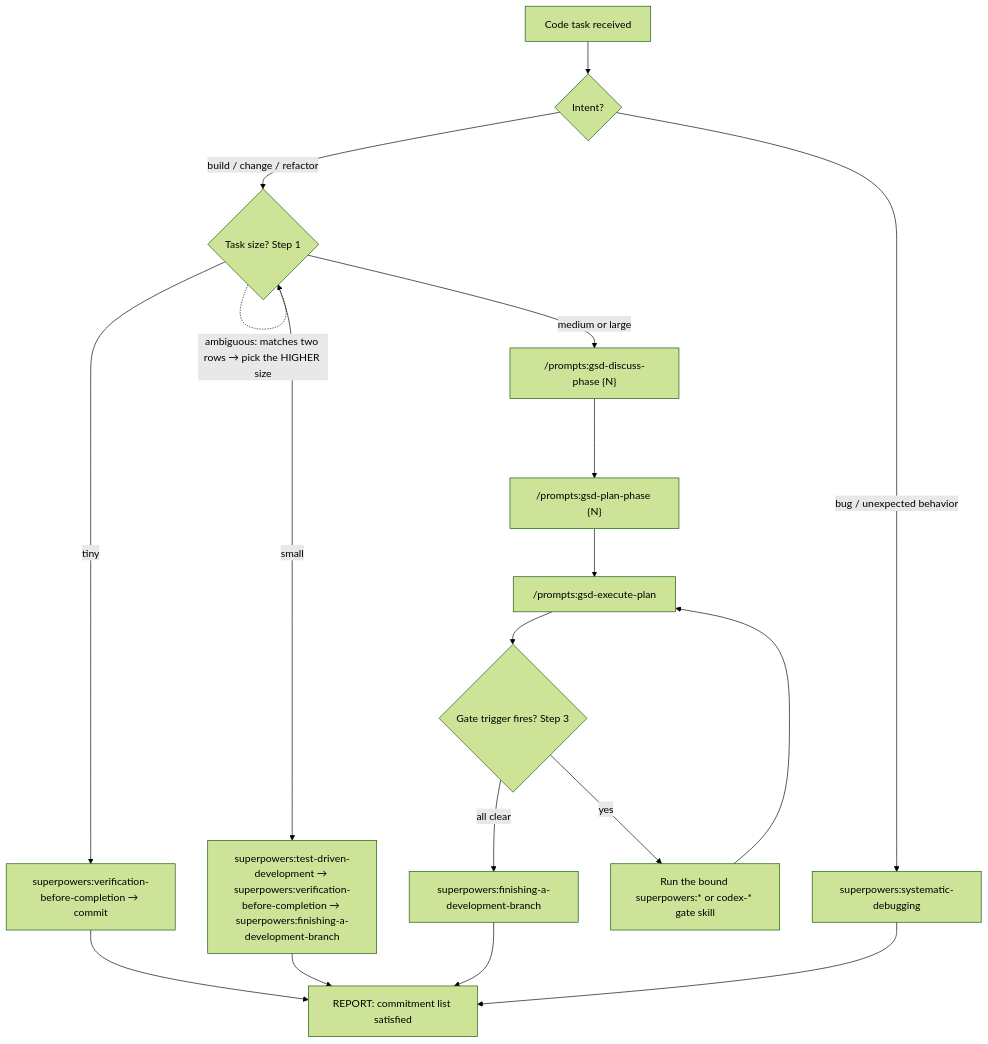
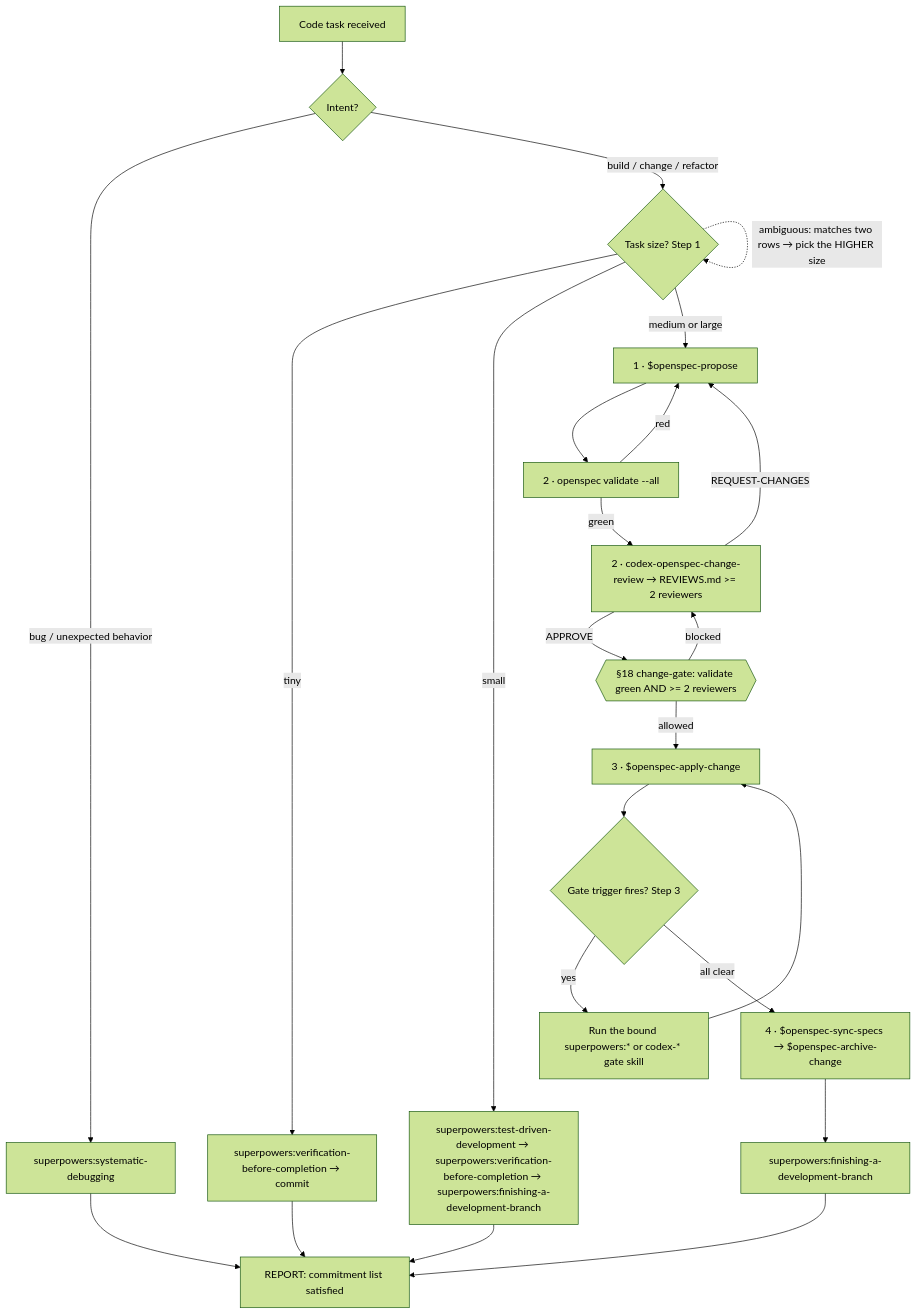
The diagram in skills/agentic-apps-workflow/SKILL.md (agenticapps-eu/codex-workflow), drawn with Mermaid (forest theme) before and after one commit. The commit also changed other lines of this file and 7 other files, not shown here.

````diff
--- a/skills/agentic-apps-workflow/SKILL.md
+++ b/skills/agentic-apps-workflow/SKILL.md
@@ -137,20 +187,26 @@
 ```mermaid
 flowchart TD
   start[Code task received] --> kind{Intent?}
   kind -->|bug / unexpected behavior| dbg["superpowers:systematic-debugging"]
   kind -->|build / change / refactor| size{Task size? Step 1}
   size -->|tiny| tiny[superpowers:verification-before-completion → commit]
   size -->|small| small[superpowers:test-driven-development → superpowers:verification-before-completion → superpowers:finishing-a-development-branch]
-  size -->|medium or large| disc["/prompts:gsd-discuss-phase {N}"]
+  size -->|medium or large| propose["1 · $openspec-propose"]
   size -.->|ambiguous: matches two rows → pick the HIGHER size| size
-  disc --> plan["/prompts:gsd-plan-phase {N}"]
-  plan --> exec["/prompts:gsd-execute-plan"]
+  propose --> validate["2 · openspec validate --all"]
+  validate -->|red| propose
+  validate -->|green| review["2 · codex-openspec-change-review → REVIEWS.md >= 2 reviewers"]
+  review -->|REQUEST-CHANGES| propose
+  review -->|APPROVE| gate{{"§18 change-gate: validate green AND >= 2 reviewers"}}
+  gate -->|blocked| review
+  gate -->|allowed| exec["3 · $openspec-apply-change"]
   exec --> gates{Gate trigger fires? Step 3}
   gates -->|yes| gaterun[Run the bound superpowers:* or codex-* gate skill]
   gaterun --> exec
-  gates -->|all clear| close[superpowers:finishing-a-development-branch]
+  gates -->|all clear| arch["4 · $openspec-sync-specs → $openspec-archive-change"]
+  arch --> close[superpowers:finishing-a-development-branch]
   tiny --> report[REPORT: commitment list satisfied]
   small --> report
   close --> report
   dbg --> report
 ```
````
